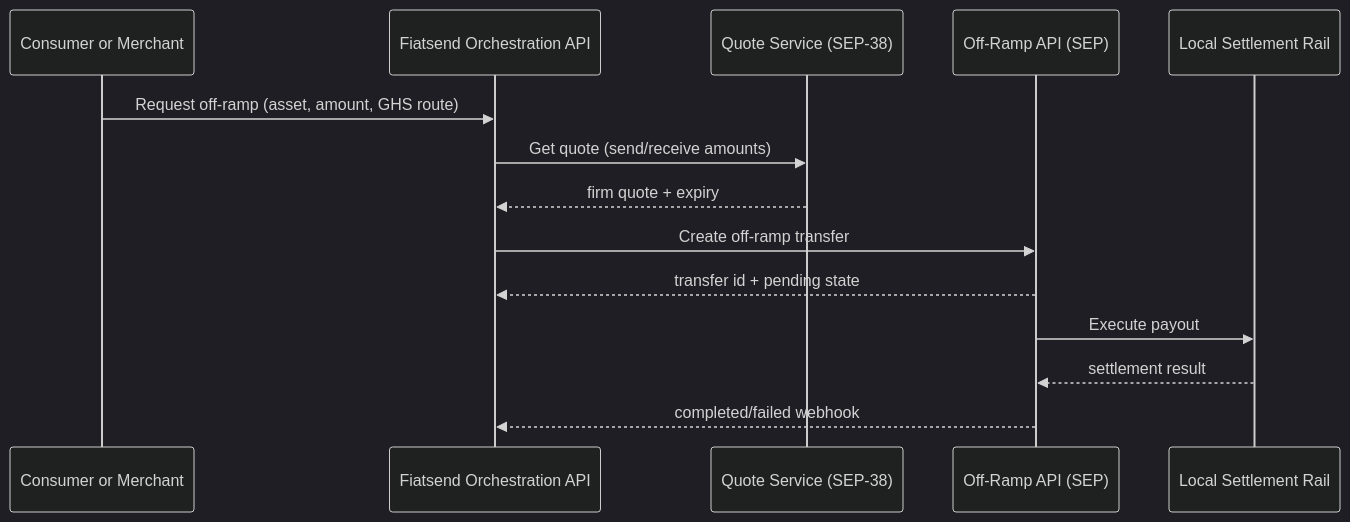
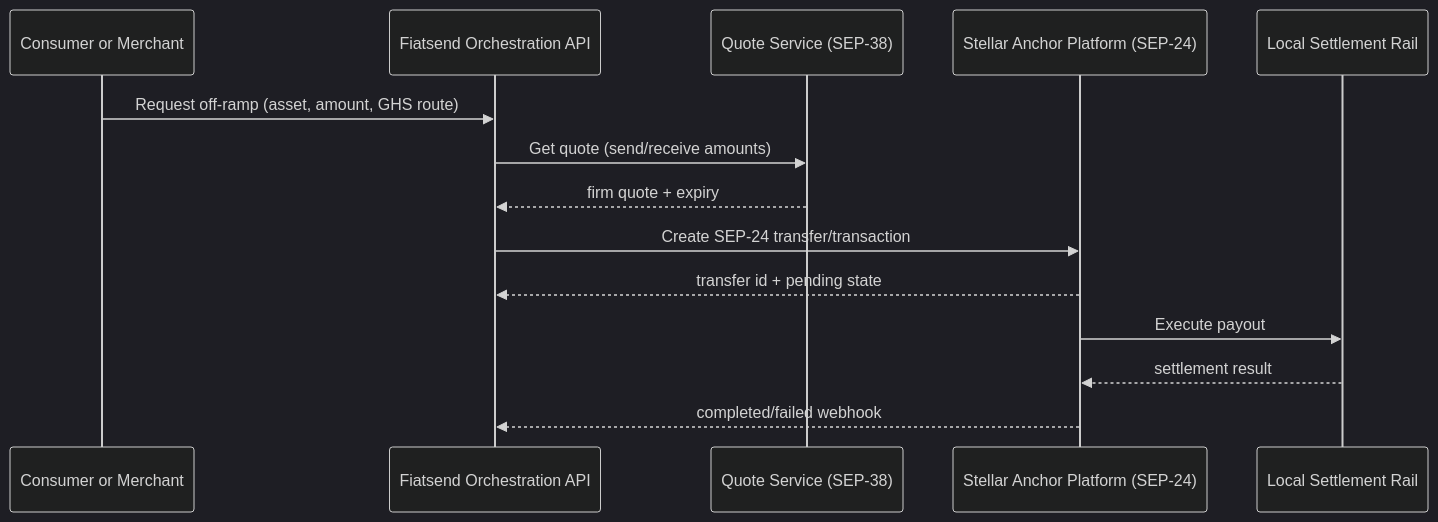
The second of 15 diagrams in tech-achictecture-revision.md (fiatsend/techical-achitecture), drawn with Mermaid (dark theme) before and after one commit. The commit also changed other lines of this file, not shown here.

````diff
--- a/tech-achictecture-revision.md
+++ b/tech-achictecture-revision.md
@@ -118,17 +120,17 @@
 ```mermaid
 sequenceDiagram
     participant User as Consumer or Merchant
     participant API as Fiatsend Orchestration API
     participant SEP38 as Quote Service (SEP-38)
-    participant OffRamp as Off-Ramp API (SEP)
+    participant Anchor as Stellar Anchor Platform (SEP-24)
     participant Rail as Local Settlement Rail
 
     User->>API: Request off-ramp (asset, amount, GHS route)
     API->>SEP38: Get quote (send/receive amounts)
     SEP38-->>API: firm quote + expiry
-    API->>OffRamp: Create off-ramp transfer
-    OffRamp-->>API: transfer id + pending state
-    OffRamp->>Rail: Execute payout
-    Rail-->>OffRamp: settlement result
-    OffRamp-->>API: completed/failed webhook
+    API->>Anchor: Create SEP-24 transfer/transaction
+    Anchor-->>API: transfer id + pending state
+    Anchor->>Rail: Execute payout
+    Rail-->>Anchor: settlement result
+    Anchor-->>API: completed/failed webhook
 ```
````
